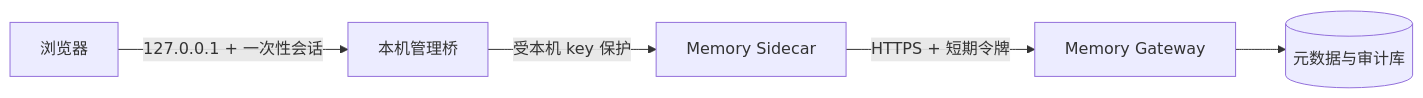
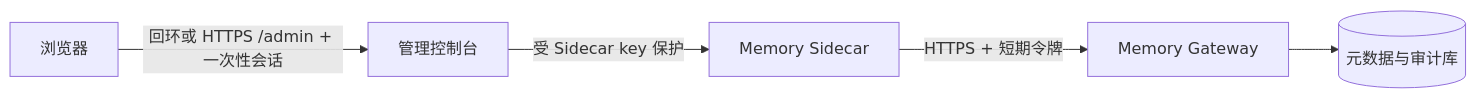
The second of 2 diagrams in docs/design-v2.md (Buildlee/agent-memory-gateway), drawn with Mermaid before and after one commit. The commit also changed other lines of this file and 10 other files, not shown here.

Commit message:
feat: add central memory admin console

````diff
--- a/docs/design-v2.md
+++ b/docs/design-v2.md
@@ -269,7 +269,7 @@
 ```mermaid
 flowchart LR
-  B["浏览器"] -->|"127.0.0.1 + 一次性会话"| C["本机管理桥"]
-  C -->|"受本机 key 保护"| S["Memory Sidecar"]
+  B["浏览器"] -->|"回环或 HTTPS /admin + 一次性会话"| C["管理控制台"]
+  C -->|"受 Sidecar key 保护"| S["Memory Sidecar"]
   S -->|"HTTPS + 短期令牌"| G["Memory Gateway"]
   G --> M[("元数据与审计库")]
 ```
````
